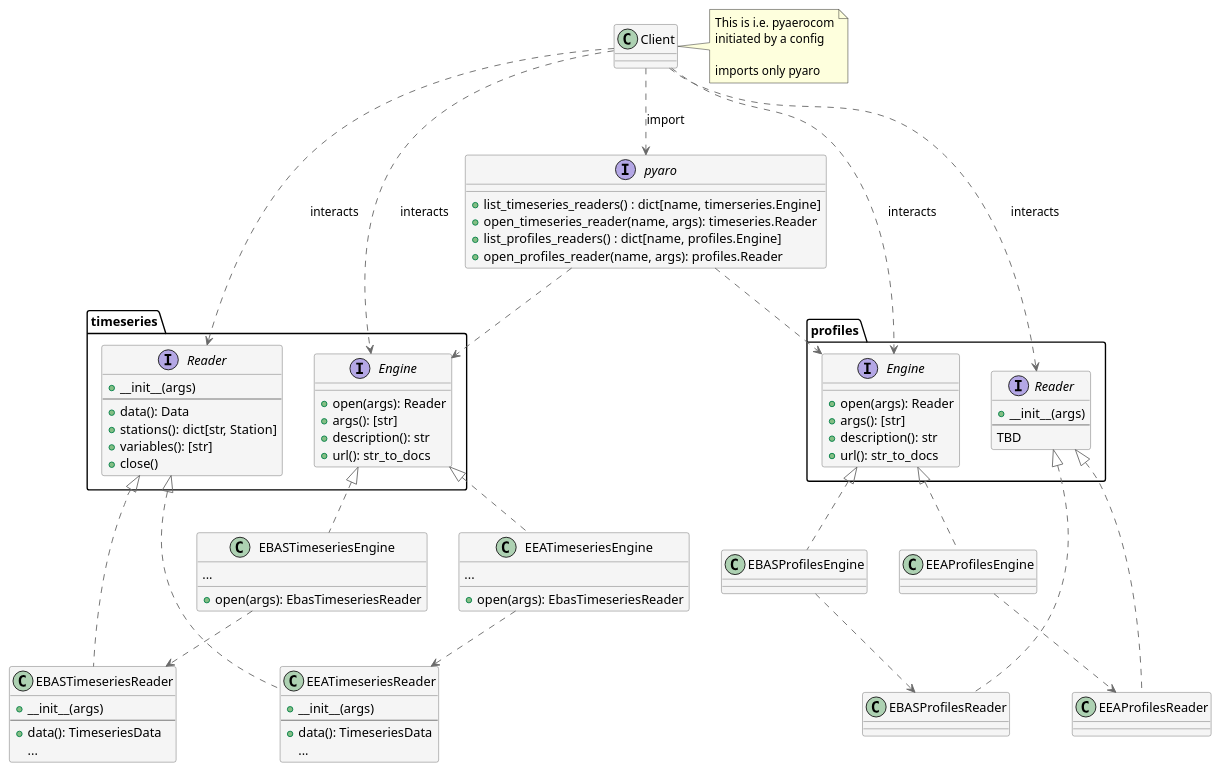
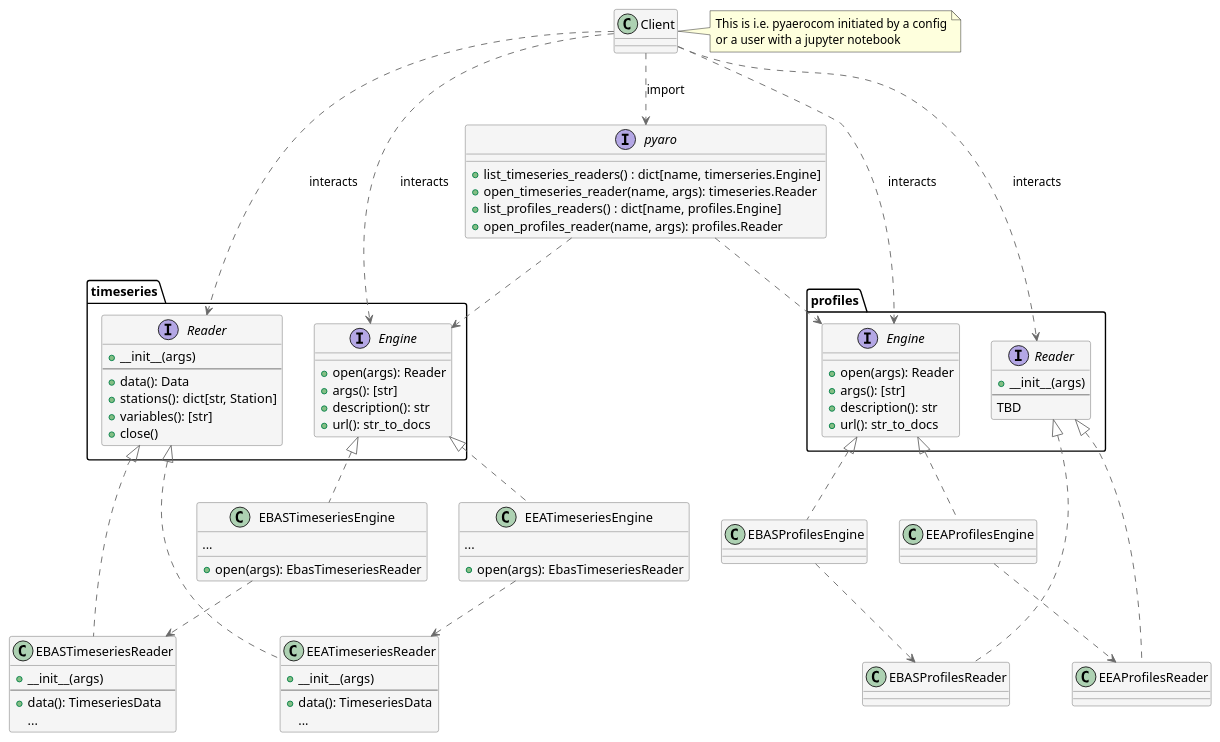
Before and after one commit to metno/pyaro: the diagram in docs/puml/ReaderFactory.puml, drawn with PlantUML. The commit also changed 1 other file, not shown here.

```diff
--- a/docs/puml/ReaderFactory.puml
+++ b/docs/puml/ReaderFactory.puml
@@ -1,114 +1,112 @@
 @startuml
 
 skinparam class {
   backgroundColor whitesmoke
   arrowColor dimgrey
   borderColor dimgrey
 }
 
 ' Abstract Factory Patter
 ' Factory -> MeasurementNetwork
 
 class Client
 note right of Client
-This is i.e. pyaerocom
-initiated by a config
-
-imports only pyaro
+This is i.e. pyaerocom initiated by a config
+or a user with a jupyter notebook
 end note
 
 interface pyaro {
   + list_timeseries_readers() : dict[name, timerseries.Engine]
   + open_timeseries_reader(name, args): timeseries.Reader
   + list_profiles_readers() : dict[name, profiles.Engine]
   + open_profiles_reader(name, args): profiles.Reader
 }
 
 interface timeseries.Engine {
   + open(args): Reader
   + args(): [str]
   + description(): str
   + url(): str_to_docs
 }
 
 class EBASTimeseriesEngine {
   + open(args): EbasTimeseriesReader
   ...
 }
 
 class EEATimeseriesEngine {
   + open(args): EbasTimeseriesReader
   ...
 }
 
 interface timeseries.Reader {
   + __init__(args)
   --
   + data(): Data
   + stations(): dict[str, Station]
   + variables(): [str]
   + close()
 }
 
 class EBASTimeseriesReader {
   + __init__(args)
   --
   + data(): TimeseriesData
   ...
 }
 
 class EEATimeseriesReader {
   + __init__(args)
   --
   + data(): TimeseriesData
   ...
 }
 
 interface profiles.Engine {
   + open(args): Reader
   + args(): [str]
   + description(): str
   + url(): str_to_docs
 }
 
 interface profiles.Reader {
   + __init__(args)
   --
   TBD
 }
 
 class EBASProfilesReader {
 }
 
 class EEAProfilesReader {
 }
 
 timeseries.Engine <|.. EBASTimeseriesEngine
 timeseries.Engine <|.. EEATimeseriesEngine
 
 timeseries.Reader <|.. EBASTimeseriesReader
 timeseries.Reader <|.. EEATimeseriesReader
 
 profiles.Engine <|.. EBASProfilesEngine
 profiles.Engine <|.. EEAProfilesEngine
 
 profiles.Reader <|.. EBASProfilesReader
 profiles.Reader <|.. EEAProfilesReader
 
 
 EEAProfilesEngine ..> EEAProfilesReader
 EEATimeseriesEngine ..> EEATimeseriesReader
 
 EBASProfilesEngine ..> EBASProfilesReader
 EBASTimeseriesEngine ..> EBASTimeseriesReader
 
 Client ..> pyaro: import
 pyaro ..> timeseries.Engine
 pyaro ..> profiles.Engine
 Client ..> timeseries.Engine: interacts
 Client ..> timeseries.Reader : interacts
 Client ..> profiles.Engine : interacts
 Client ..> profiles.Reader : interacts
 
 
 @enduml
```
